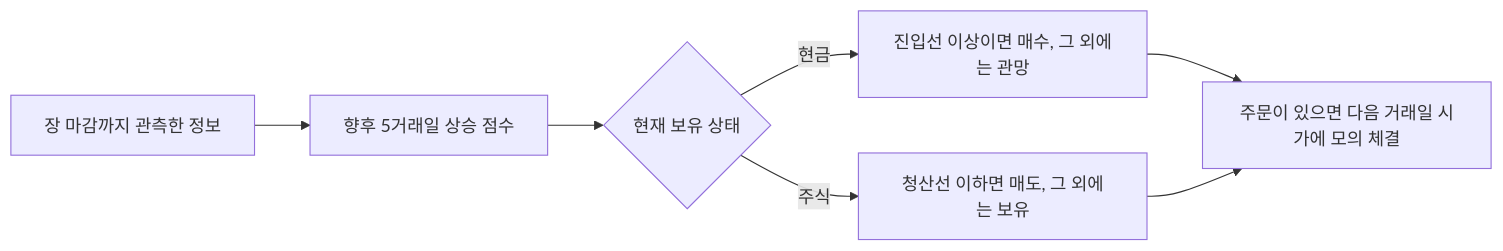
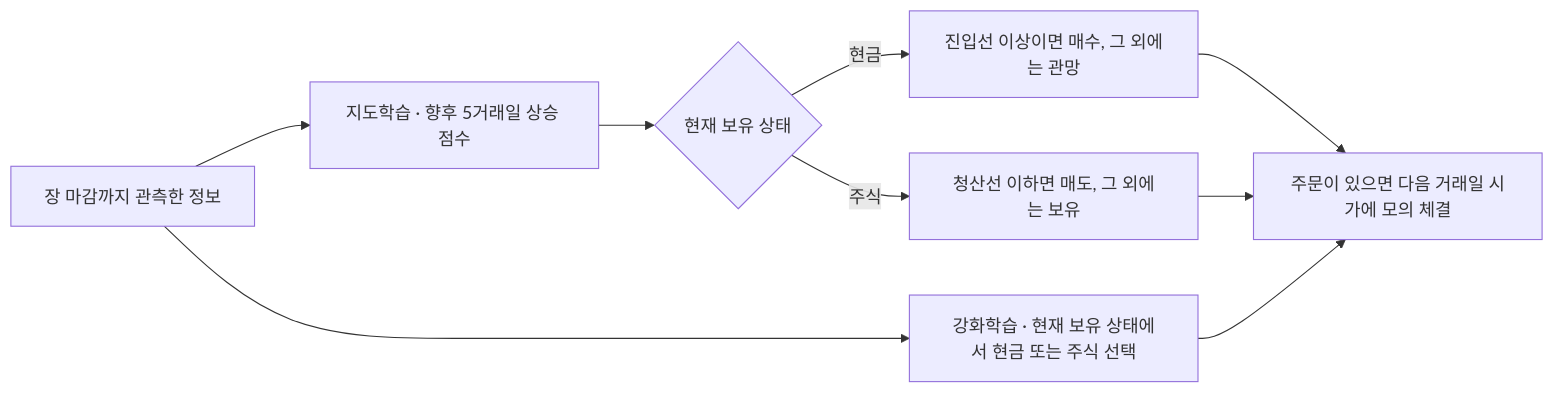
Before and after one commit to Choi-SeoJun/graduation-thesis: the diagram in README.md, drawn with Mermaid. The commit also changed other lines of this file and 1 other file, not shown here.

Commit message:
docs: 지도학습·강화학습의 공통 매매 조건과 위기 뉴스 검증 범위 기록

````diff
--- a/README.md
+++ b/README.md
@@ -11,9 +11,11 @@
 ```mermaid
 flowchart LR
-    A["장 마감까지 관측한 정보"] --> B["향후 5거래일 상승 점수"]
+    A["장 마감까지 관측한 정보"] --> B["지도학습 · 향후 5거래일 상승 점수"]
+    A --> R["강화학습 · 현재 보유 상태에서 현금 또는 주식 선택"]
     B --> C{"현재 보유 상태"}
     C -->|현금| D["진입선 이상이면 매수, 그 외에는 관망"]
     C -->|주식| E["청산선 이하면 매도, 그 외에는 보유"]
     D --> F["주문이 있으면 다음 거래일 시가에 모의 체결"]
     E --> F
+    R --> F
 ```
````
